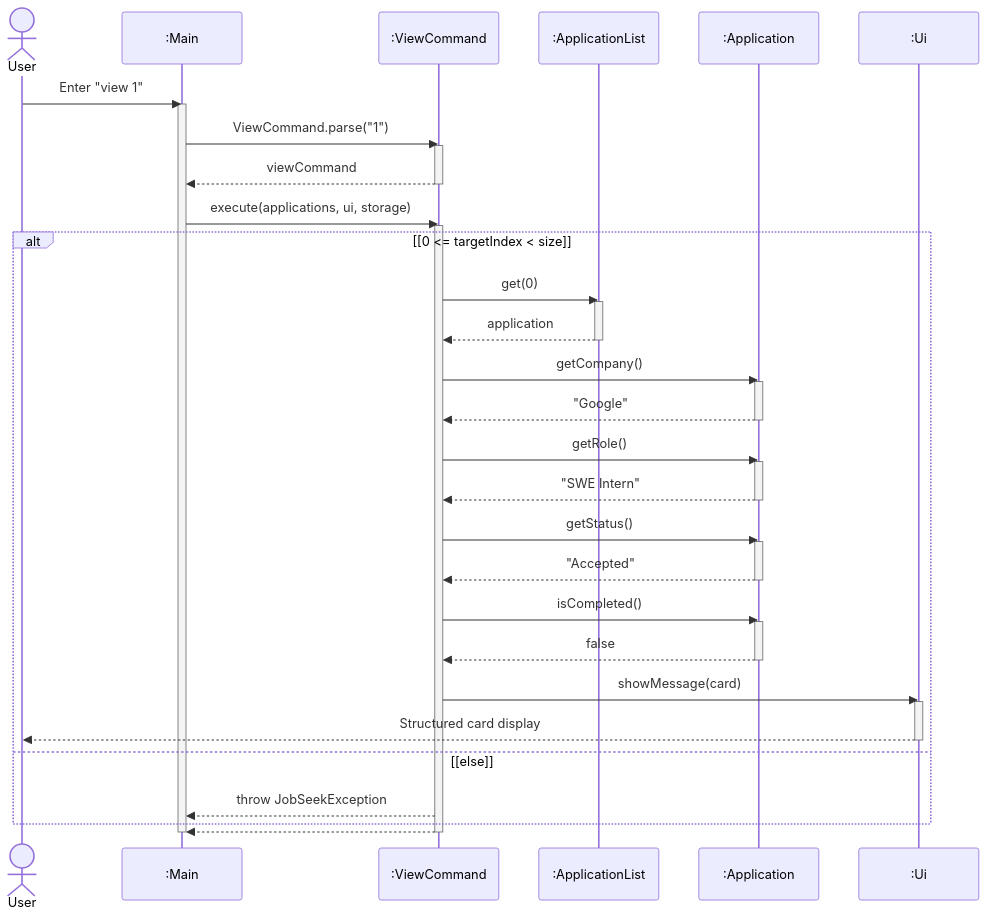
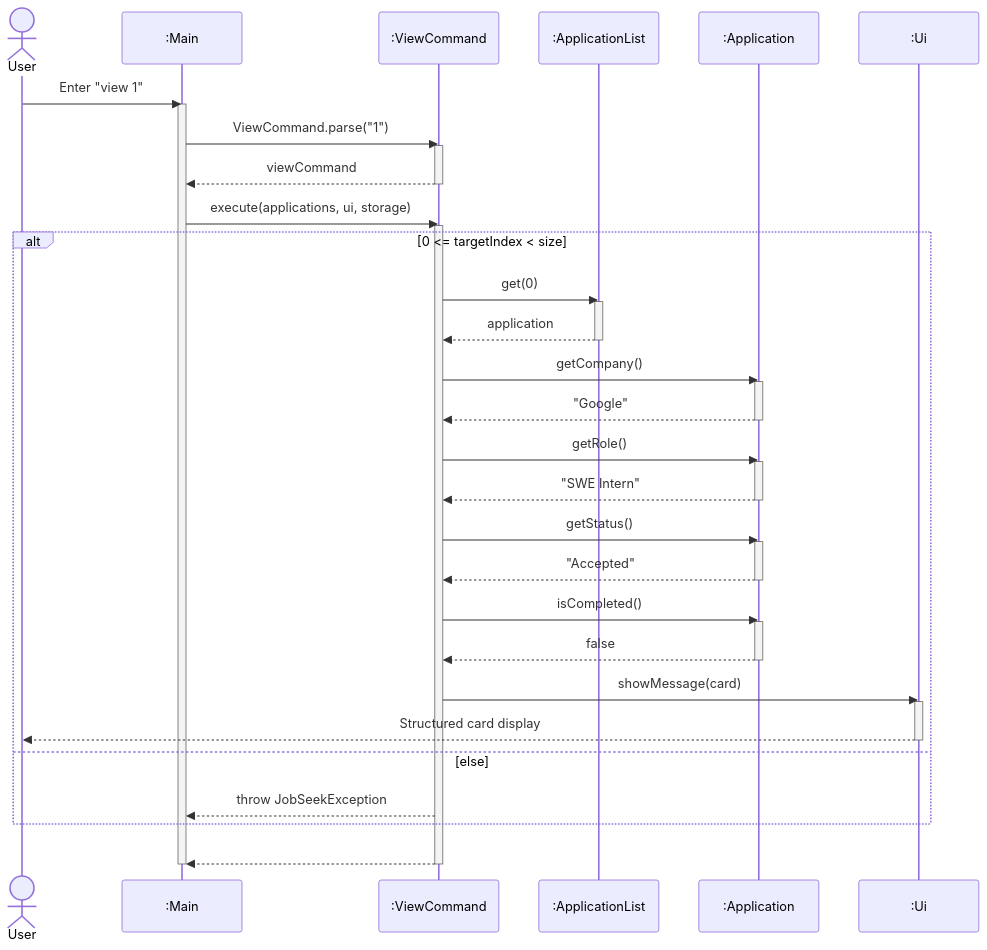
The eighth of 22 diagrams in docs/DeveloperGuide.md (AY2627S1-CS2113-T10-2/tp), drawn with Mermaid before and after one commit. The commit also changed other lines of this file, not shown here.

First line of the commit message:
docs: align sequence return arrows and enhance class diagram resolution

````diff
--- a/docs/DeveloperGuide.md
+++ b/docs/DeveloperGuide.md
@@ -377,51 +423,55 @@
 ```mermaid
+---
+config:
+  themeCSS: ".actor-line { stroke-dasharray: 4, 4 !important; } line.loopLine:not([style*='stroke-dasharray']) { stroke-dasharray: none !important; }"
+---
 sequenceDiagram
     actor user as User
     participant main as :Main
     participant cmd as :ViewCommand
     participant list as :ApplicationList
     participant app as :Application
     participant ui as :Ui
 
     user->>main: Enter "view 1"
     activate main
     main->>cmd: ViewCommand.parse("1")
     activate cmd
     cmd-->>main: viewCommand
     deactivate cmd
     main->>cmd: execute(applications, ui, storage)
     activate cmd
 
-    alt [0 <= targetIndex < size]
+    alt 0 <= targetIndex < size
         cmd->>list: get(0)
         activate list
         list-->>cmd: application
         deactivate list
         cmd->>app: getCompany()
         activate app
         app-->>cmd: "Google"
         deactivate app
         cmd->>app: getRole()
         activate app
         app-->>cmd: "SWE Intern"
         deactivate app
         cmd->>app: getStatus()
         activate app
         app-->>cmd: "Accepted"
         deactivate app
         cmd->>app: isCompleted()
         activate app
         app-->>cmd: false
         deactivate app
         cmd->>ui: showMessage(card)
         activate ui
         ui-->>user: Structured card display
         deactivate ui
-    else [else]
+    else else
         cmd-->>main: throw JobSeekException
     end
 
-    cmd-->>main: 
+    cmd-->>main: ​
     deactivate cmd
     deactivate main
 ```
````
